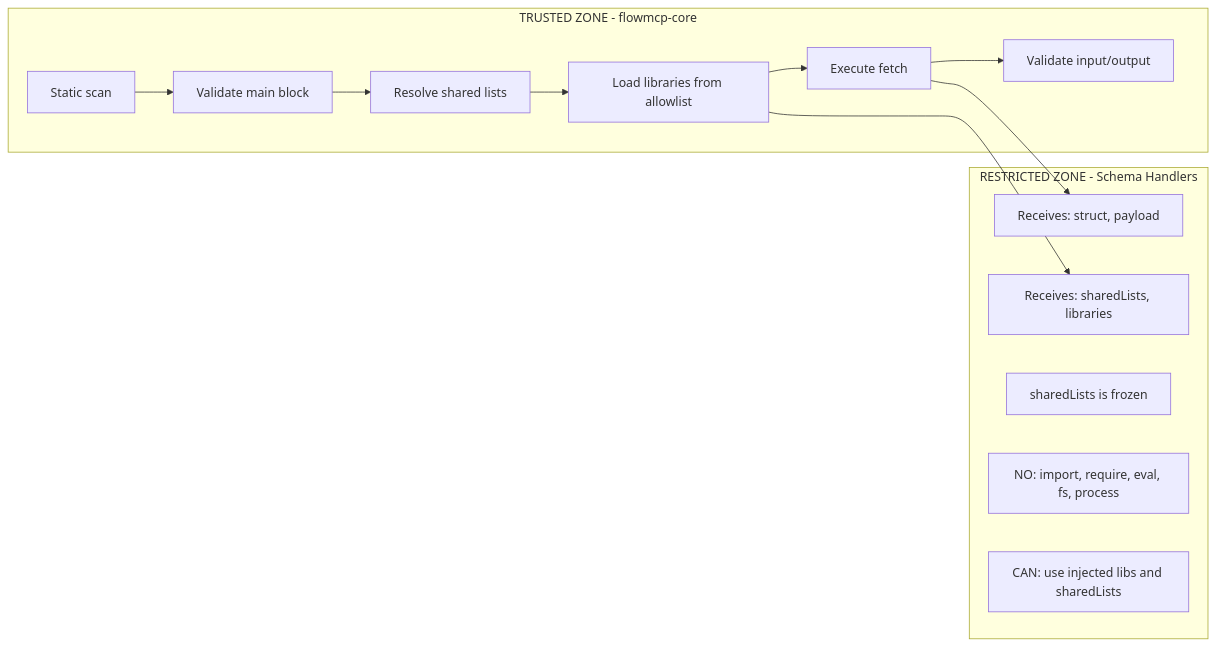
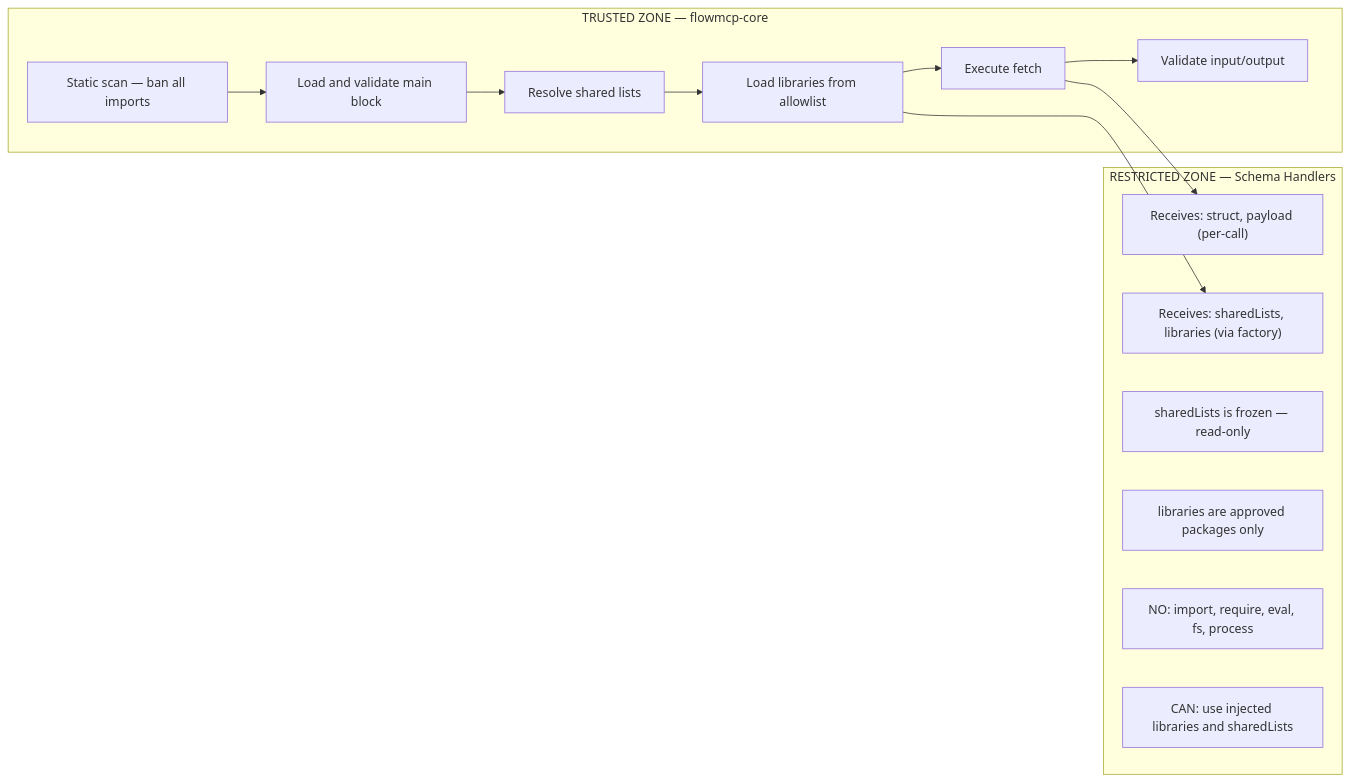
Before and after one commit to FlowMCP/flowmcp.github.io: the first of 3 diagrams in src/content/docs/specification/security.md, drawn with Mermaid. The commit also changed other lines of this file and 45 other files, not shown here.

````diff
--- a/src/content/docs/specification/security.md
+++ b/src/content/docs/specification/security.md
@@ -19,23 +30,24 @@
 ```mermaid
 flowchart LR
-    subgraph trusted ["TRUSTED ZONE - flowmcp-core"]
-        A[Static scan]
-        B[Validate main block]
+    subgraph trusted ["TRUSTED ZONE — flowmcp-core"]
+        A[Static scan — ban all imports]
+        B[Load and validate main block]
         C[Resolve shared lists]
         D[Load libraries from allowlist]
         E[Execute fetch]
         F[Validate input/output]
     end
 
-    subgraph restricted ["RESTRICTED ZONE - Schema Handlers"]
-        G["Receives: struct, payload"]
-        H["Receives: sharedLists, libraries"]
-        I["sharedLists is frozen"]
+    subgraph restricted ["RESTRICTED ZONE — Schema Handlers"]
+        G["Receives: struct, payload (per-call)"]
+        H["Receives: sharedLists, libraries (via factory)"]
+        I[sharedLists is frozen — read-only]
+        J[libraries are approved packages only]
         K["NO: import, require, eval, fs, process"]
-        L["CAN: use injected libs and sharedLists"]
+        L[CAN: use injected libraries and sharedLists]
     end
 
     A --> B --> C --> D --> E --> F
     D --> H
     E --> G
 ```
````
